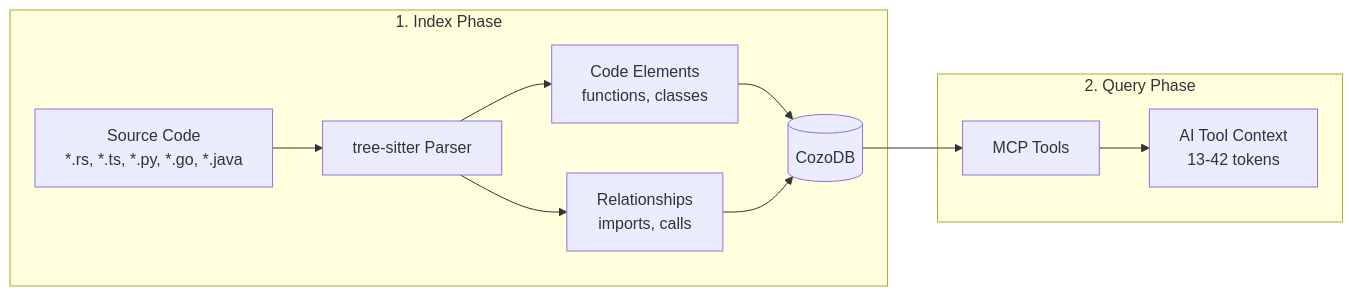
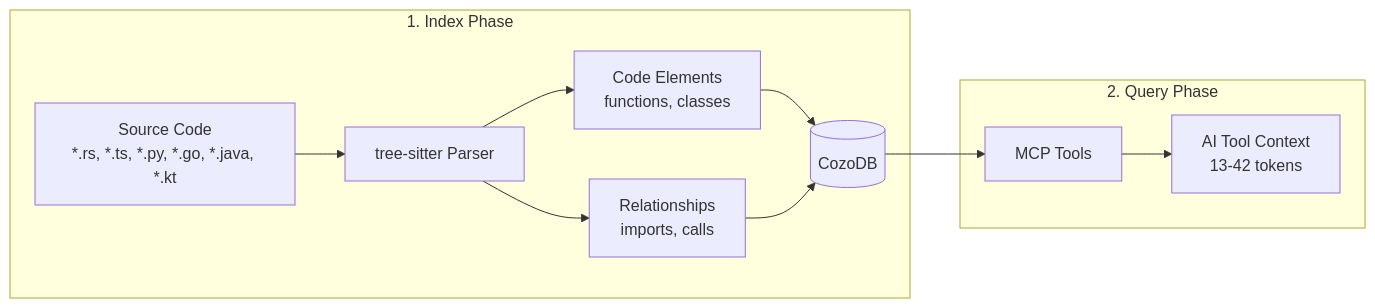
The third of 3 diagrams in README.md (nkchuong1607/LeanKG), drawn with Mermaid before and after one commit. The commit also changed other lines of this file and 21 other files, not shown here.

````diff
--- a/README.md
+++ b/README.md
@@ -208,15 +208,15 @@
 ```mermaid
 graph LR
     subgraph "1. Index Phase"
-        A["Source Code<br/>*.rs, *.ts, *.py, *.go, *.java"] --> B["tree-sitter Parser"]
+        A["Source Code<br/>*.rs, *.ts, *.py, *.go, *.java, *.kt"] --> B["tree-sitter Parser"]
         B --> C["Code Elements<br/>functions, classes"]
         B --> D["Relationships<br/>imports, calls"]
         C --> E[("CozoDB")]
         D --> E
     end
     
     subgraph "2. Query Phase"
         E --> F["MCP Tools"]
         F --> G["AI Tool Context<br/>13-42 tokens"]
     end
 ```
````
